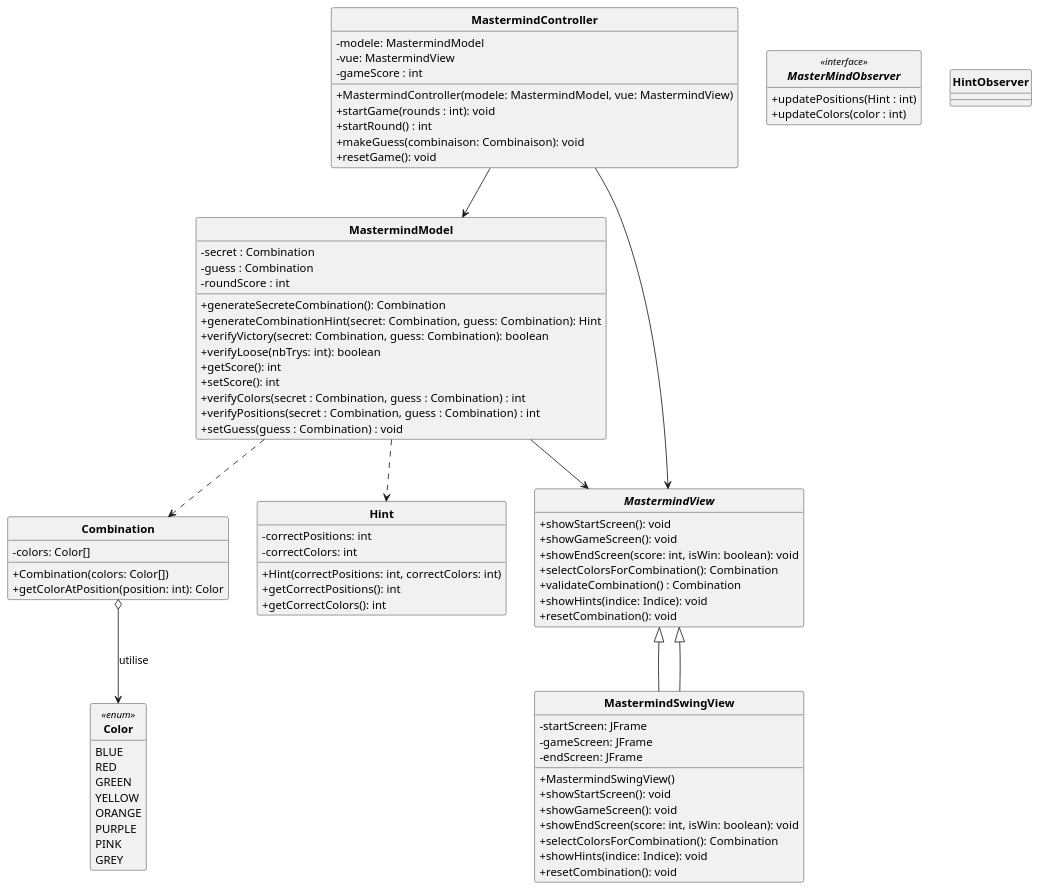
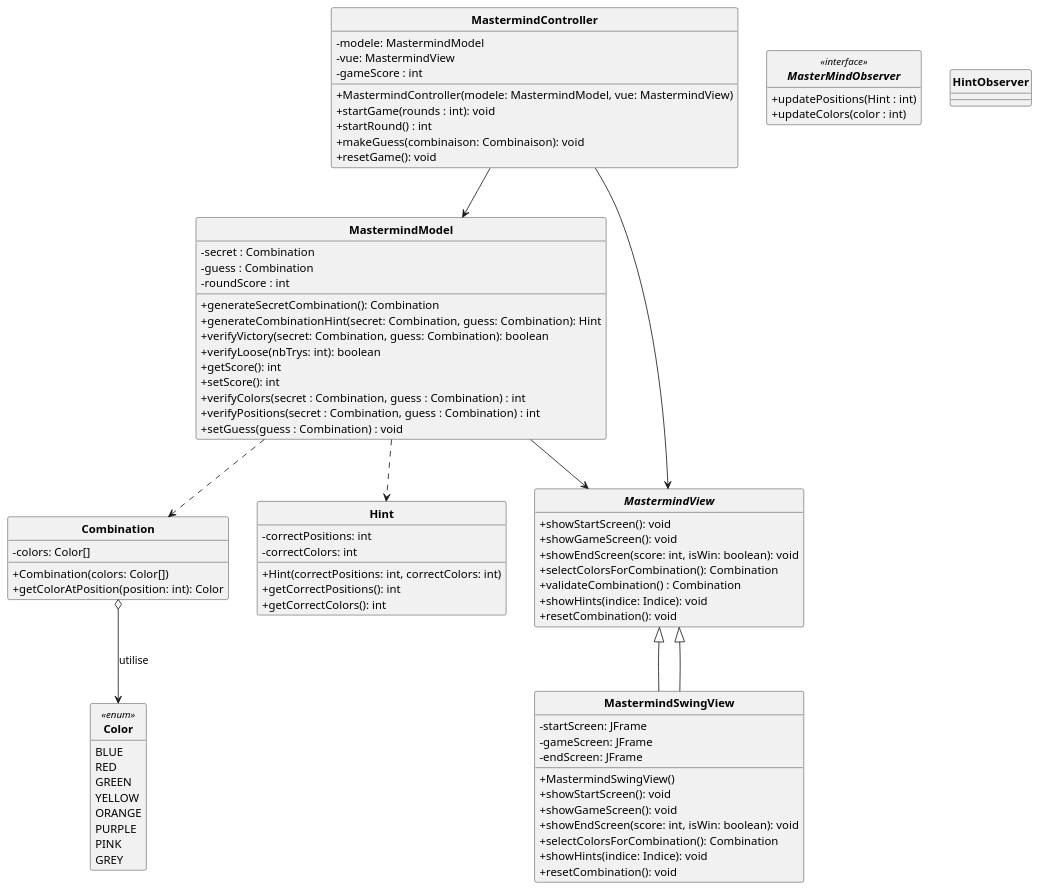
The diagram in DCC.puml (Taijin4/Mastermind), drawn with PlantUML before and after one commit. The commit also changed 1 other file, not shown here.

Commit message:
Mise a jour du MastermindModel.java avec generateCombinationHint(), generateSecretCombination(int nbColor)

```diff
--- a/DCC.puml
+++ b/DCC.puml
@@ -1,101 +1,101 @@
 @startuml
 
 skinparam style strictuml
 skinparam classAttributeIconSize 0
 skinparam classFontStyle Bold
 hide enum methods
 hide interface attributes
 
 class MastermindModel {
     - secret : Combination
     - guess : Combination
     - roundScore : int
-    + generateSecreteCombination(): Combination
+    + generateSecretCombination(): Combination
     + generateCombinationHint(secret: Combination, guess: Combination): Hint
     + verifyVictory(secret: Combination, guess: Combination): boolean
     + verifyLoose(nbTrys: int): boolean
     + getScore(): int
     + setScore(): int
     + verifyColors(secret : Combination, guess : Combination) : int
     + verifyPositions(secret : Combination, guess : Combination) : int
     + setGuess(guess : Combination) : void
 }
 
 class Combination {
     - colors: Color[]
     + Combination(colors: Color[])
     + getColorAtPosition(position: int): Color
 }
 
 interface MasterMindObserver <<interface>>{
     + updatePositions(Hint : int)
     + updateColors(color : int)
     +
 }
 
 enum Color <<enum>>{
     BLUE
     RED
     GREEN
     YELLOW
     ORANGE
     PURPLE
     PINK
     GREY
 }
 
 class HintObserver{
 
 }
 
 class Hint {
     - correctPositions: int
     - correctColors: int
     + Hint(correctPositions: int, correctColors: int)
     + getCorrectPositions(): int
     + getCorrectColors(): int
 }
 
 interface MastermindView {
     + showStartScreen(): void
     + showGameScreen(): void
     + showEndScreen(score: int, isWin: boolean): void
     + selectColorsForCombination(): Combination
     + validateCombination() : Combination
     + showHints(indice: Indice): void
     + resetCombination(): void
 }
 
 class MastermindSwingView extends MastermindView{
     - startScreen: JFrame
     - gameScreen: JFrame
     - endScreen: JFrame
     + MastermindSwingView()
     + showStartScreen(): void
     + showGameScreen(): void
     + showEndScreen(score: int, isWin: boolean): void
     + selectColorsForCombination(): Combination
     + showHints(indice: Indice): void
     + resetCombination(): void
 }
 
 class MastermindController {
     - modele: MastermindModel
     - vue: MastermindView
     - gameScore : int
     + MastermindController(modele: MastermindModel, vue: MastermindView)
     + startGame(rounds : int): void
     + startRound() : int
     + makeGuess(combinaison: Combinaison): void
     + resetGame(): void
 }
 
 MastermindModel ..> Combination
 MastermindModel ..> Hint
 MastermindModel --> MastermindView
 MastermindView <|-- MastermindSwingView
 MastermindController --> MastermindModel
 MastermindController --> MastermindView
 Combination o--> Color : utilise
 
 @enduml
```
